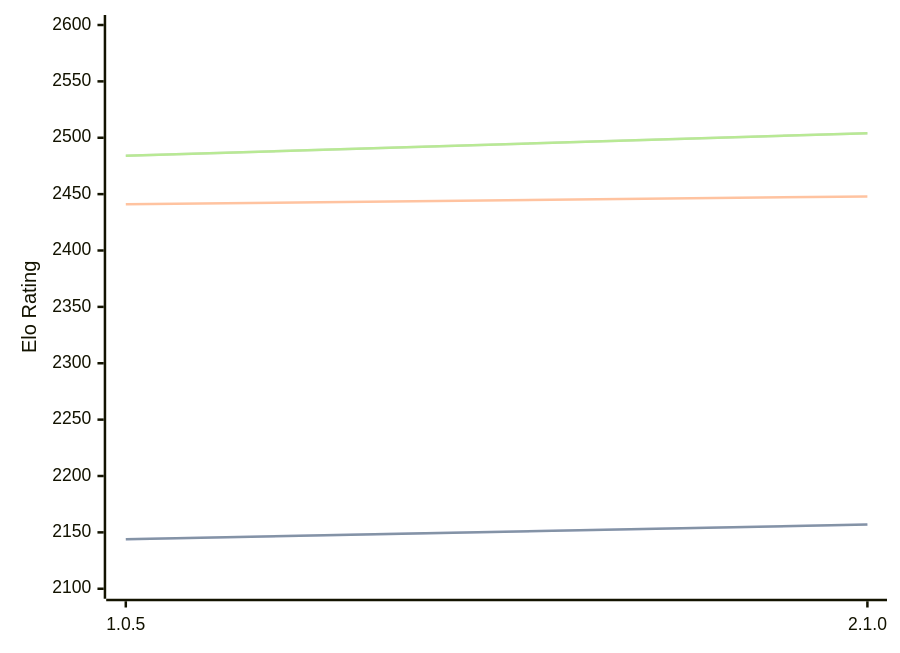
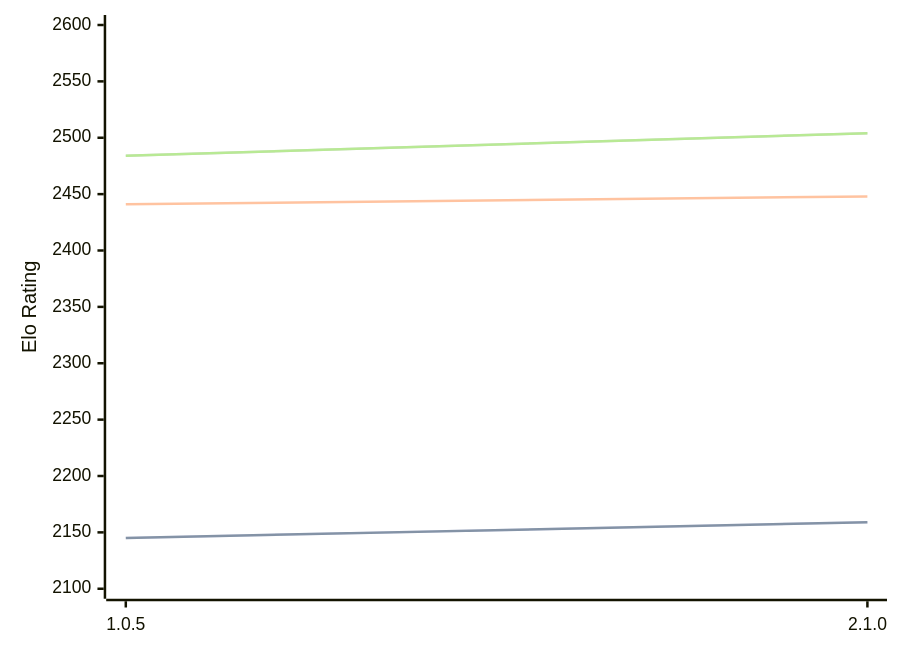
The diagram in engines/Ruffian.md (computer-chess-index/cci), drawn with Mermaid before and after one commit. The commit also changed other lines of this file, not shown here.

````diff
--- a/engines/Ruffian.md
+++ b/engines/Ruffian.md
@@ -32,11 +32,11 @@
 ```mermaid
 %%{init: {"theme":"base","themeVariables":{"seriesColors:['#a3a3a3','#222221','#faa371']}}}%%
 xychart-beta
   x-axis ["1.0.5", "2.1.0"]
   y-axis "Elo Rating" 2100 --> 2600
-  line "" [2144, 2157]
-  line "STC (8.0+0.08s)" [2144, 2157]
+  line "" [2145, 2159]
+  line "STC (8.0+0.08s)" [2145, 2159]
   line "LTC (60.0+0.60s)" [2441, 2448]
   line "" [2484, 2504]
   line "VLTC (2m24s+1.12s)" [2484, 2504]
 ```
````
